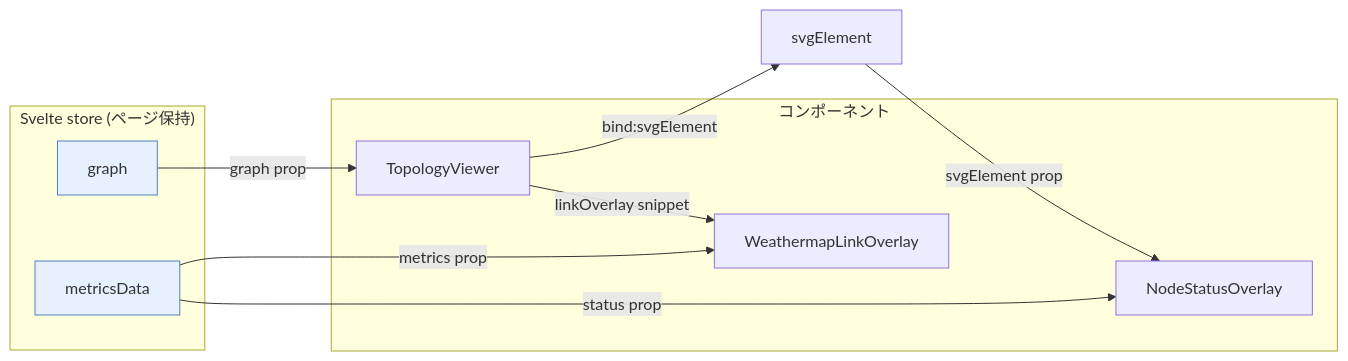
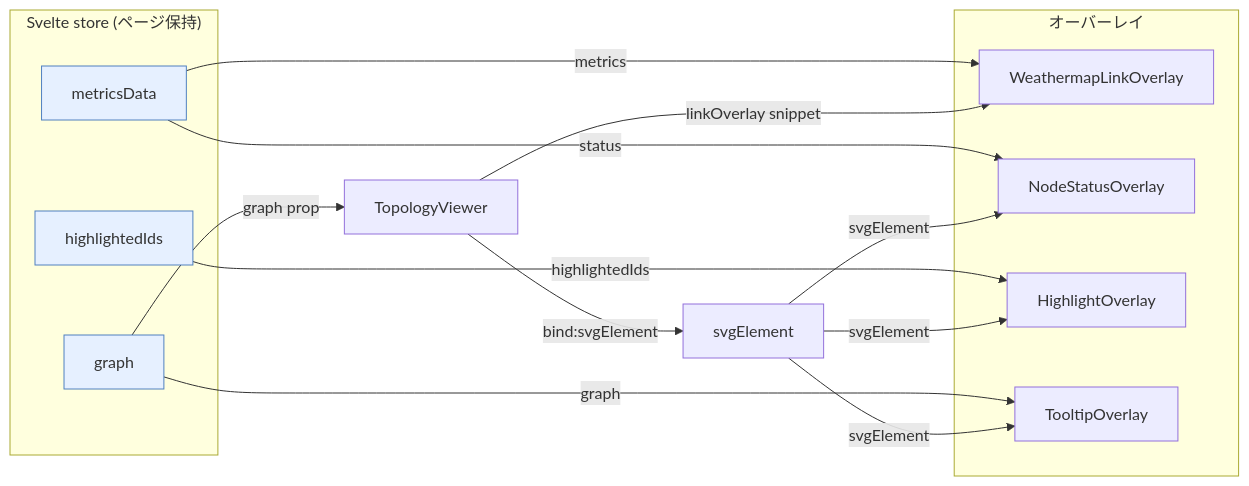
The fifth of 6 diagrams in apps/server/docs/topology-rendering.md (konoe-akitoshi/shumoku), drawn with Mermaid before and after one commit. The commit also changed other lines of this file, not shown here.

````diff
--- a/apps/server/docs/topology-rendering.md
+++ b/apps/server/docs/topology-rendering.md
@@ -330,25 +336,32 @@
 ```mermaid
 flowchart LR
   subgraph STORE["Svelte store (ページ保持)"]
     G[graph]
     M[metricsData]
+    HID[highlightedIds]
   end
 
-  subgraph COMP["コンポーネント"]
-    TV[TopologyViewer]
+  TV[TopologyViewer]
+  SVG["svgElement"]
+
+  subgraph OV["オーバーレイ"]
     WML[WeathermapLinkOverlay]
     NSO[NodeStatusOverlay]
+    HLO[HighlightOverlay]
+    TTO[TooltipOverlay]
   end
-
-  SVG["svgElement"]
 
   G -->|graph prop| TV
   TV -->|bind:svgElement| SVG
   TV -->|linkOverlay snippet| WML
-  SVG -->|svgElement prop| NSO
-  M -->|metrics prop| WML
-  M -->|status prop| NSO
+  M -->|metrics| WML
+  SVG -->|svgElement| NSO
+  M -->|status| NSO
+  SVG -->|svgElement| HLO
+  HID -->|highlightedIds| HLO
+  SVG -->|svgElement| TTO
+  G -->|graph| TTO
 
   classDef store fill:#e6f0ff,stroke:#5080c0
-  class G,M store
+  class G,M,HID store
 ```
````
